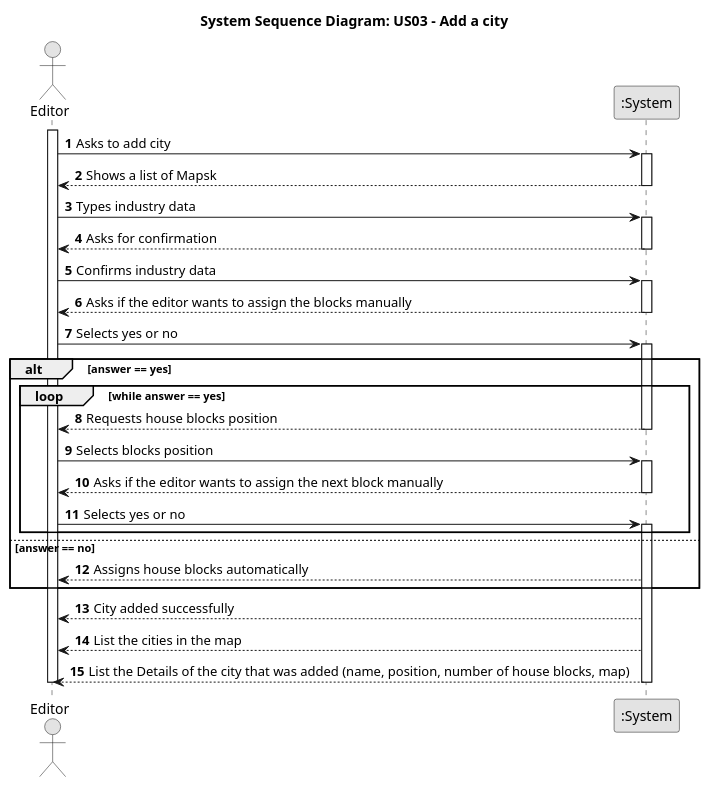
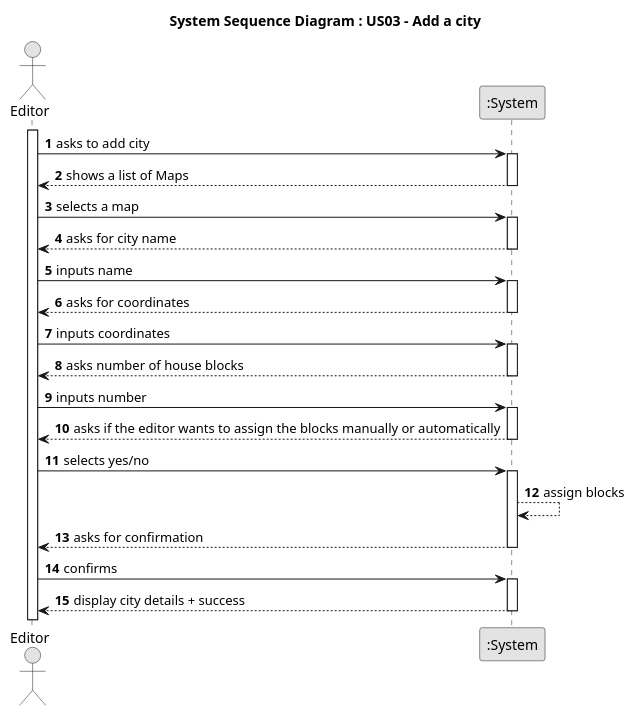
The diagram in docs/system-documentation/Sprint 2/US03/01.requirements-engineering/puml/US003-SSD.puml (HenriqueSilva18/Railway-Network-Simulator), drawn with PlantUML before and after one commit.

Commit message:
Requirements US003 changes  #3

```diff
--- a/docs/system-documentation/Sprint 2/US03/01.requirements-engineering/puml/US003-SSD.puml
+++ b/docs/system-documentation/Sprint 2/US03/01.requirements-engineering/puml/US003-SSD.puml
@@ -1,56 +1,54 @@
 @startuml
-title System Sequence Diagram: US03 - Add a city
+
 skinparam monochrome true
 skinparam packageStyle rectangle
 skinparam shadowing false
-
 autonumber
 
+title System Sequence Diagram : US03 - Add a city
+
 actor "Editor" as Editor
-participant ":System" as System
+participant ":System" as AddCityUI
 
 activate Editor
-Editor -> System : Asks to add city
-        activate System
-        System --> Editor: Shows a list of Mapsk
-        deactivate System
+Editor -> AddCityUI : asks to add city
+        activate AddCityUI
 
-    Editor -> System: Types industry data
-        activate System
-        System --> Editor: Asks for confirmation
-        deactivate System
 
-    Editor -> System: Confirms industry data
-        activate System
-System --> Editor : Asks if the editor wants to assign the blocks manually
-deactivate System
-Editor -> System : Selects yes or no
-activate System
+        AddCityUI --> Editor: shows a list of Maps
+        deactivate AddCityUI
+        Editor -> AddCityUI: selects a map
+        activate AddCityUI
+        AddCityUI --> Editor : asks for city name
+        deactivate AddCityUI
 
-alt answer == yes
-    loop while answer == yes
-        System --> Editor : Requests house blocks position
-        deactivate System
 
-        Editor -> System : Selects blocks position
-        activate System
-        System --> Editor : Asks if the editor wants to assign the next block manually
-        deactivate System
+    Editor -> AddCityUI: inputs name
 
-        Editor -> System : Selects yes or no
-        activate System
+        activate AddCityUI
+        AddCityUI --> Editor: asks for coordinates
+        deactivate AddCityUI
+    Editor -> AddCityUI: inputs coordinates
+        activate AddCityUI
 
-    end
-else answer == no
-    System --> Editor : Assigns house blocks automatically
-end
+        AddCityUI --> Editor: asks number of house blocks
+        deactivate AddCityUI
+    Editor -> AddCityUI: inputs number
+        activate AddCityUI
 
-activate System
+        AddCityUI --> Editor: asks if the editor wants to assign the blocks manually or automatically
+        deactivate AddCityUI
+    Editor -> AddCityUI: selects yes/no
+        activate AddCityUI
+        AddCityUI --> AddCityUI: assign blocks
+        AddCityUI --> Editor: asks for confirmation
+        deactivate AddCityUI
+        Editor -> AddCityUI: confirms
 
-System --> Editor : City added successfully
-System --> Editor : List the cities in the map
-System --> Editor : List the Details of the city that was added (name, position, number of house blocks, map)
+        activate AddCityUI
+        AddCityUI --> Editor: display city details + success
 
-deactivate System
-deactivate Editor
+        deactivate AddCityUI
+
+
 @enduml
```
